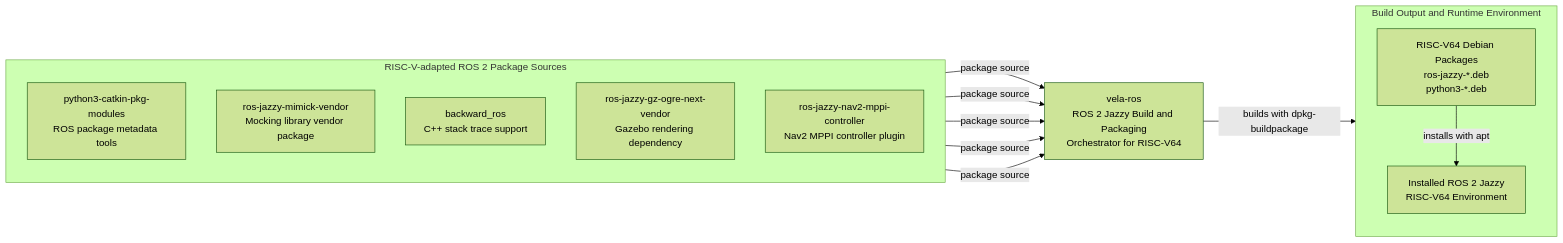
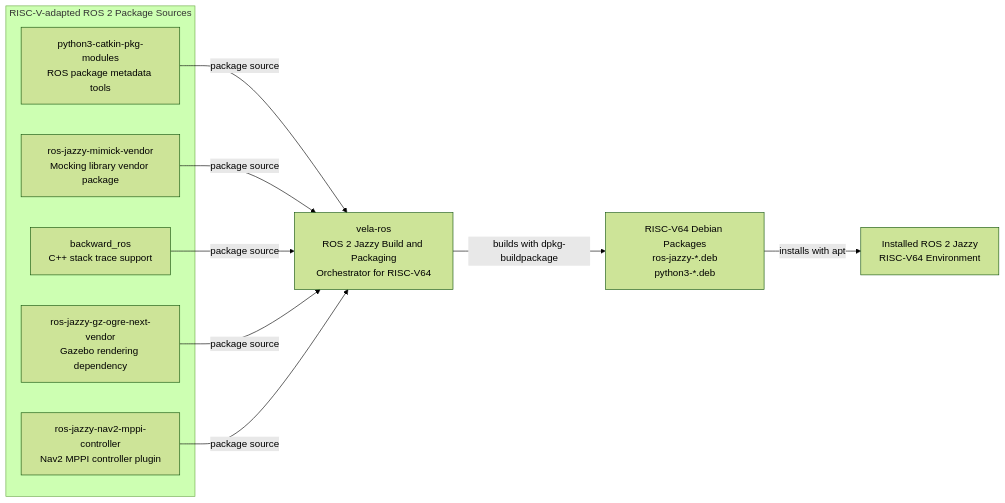
The diagram in README.md (junho-falinux/vela-ros), drawn with Mermaid (forest theme) before and after one commit. The commit also changed other lines of this file, not shown here.

````diff
--- a/README.md
+++ b/README.md
@@ -34,29 +15,25 @@
 ```mermaid
 flowchart LR
     subgraph SOURCES["RISC-V-adapted ROS 2 Package Sources"]
-        direction TB
         CATKIN["python3-catkin-pkg-modules<br/>ROS package metadata tools"]
         MIMICK["ros-jazzy-mimick-vendor<br/>Mocking library vendor package"]
         BACKWARD["backward_ros<br/>C++ stack trace support"]
         OGRE["ros-jazzy-gz-ogre-next-vendor<br/>Gazebo rendering dependency"]
         MPPI["ros-jazzy-nav2-mppi-controller<br/>Nav2 MPPI controller plugin"]
     end
 
     VELA["vela-ros<br/>ROS 2 Jazzy Build and Packaging<br/>Orchestrator for RISC-V64"]
 
-    subgraph OUTPUT["Build Output and Runtime Environment"]
-        direction TB
-        DEBS["RISC-V64 Debian Packages<br/>ros-jazzy-*.deb<br/>python3-*.deb"]
-        ENV["Installed ROS 2 Jazzy<br/>RISC-V64 Environment"]
+    DEBS["RISC-V64 Debian Packages<br/>ros-jazzy-*.deb<br/>python3-*.deb"]
 
-        DEBS -->|"installs with apt"| ENV
-    end
+    ENV["Installed ROS 2 Jazzy<br/>RISC-V64 Environment"]
 
     CATKIN -->|"package source"| VELA
     MIMICK -->|"package source"| VELA
     BACKWARD -->|"package source"| VELA
     OGRE -->|"package source"| VELA
     MPPI -->|"package source"| VELA
 
     VELA -->|"builds with dpkg-buildpackage"| DEBS
+    DEBS -->|"installs with apt"| ENV
 ```
````
